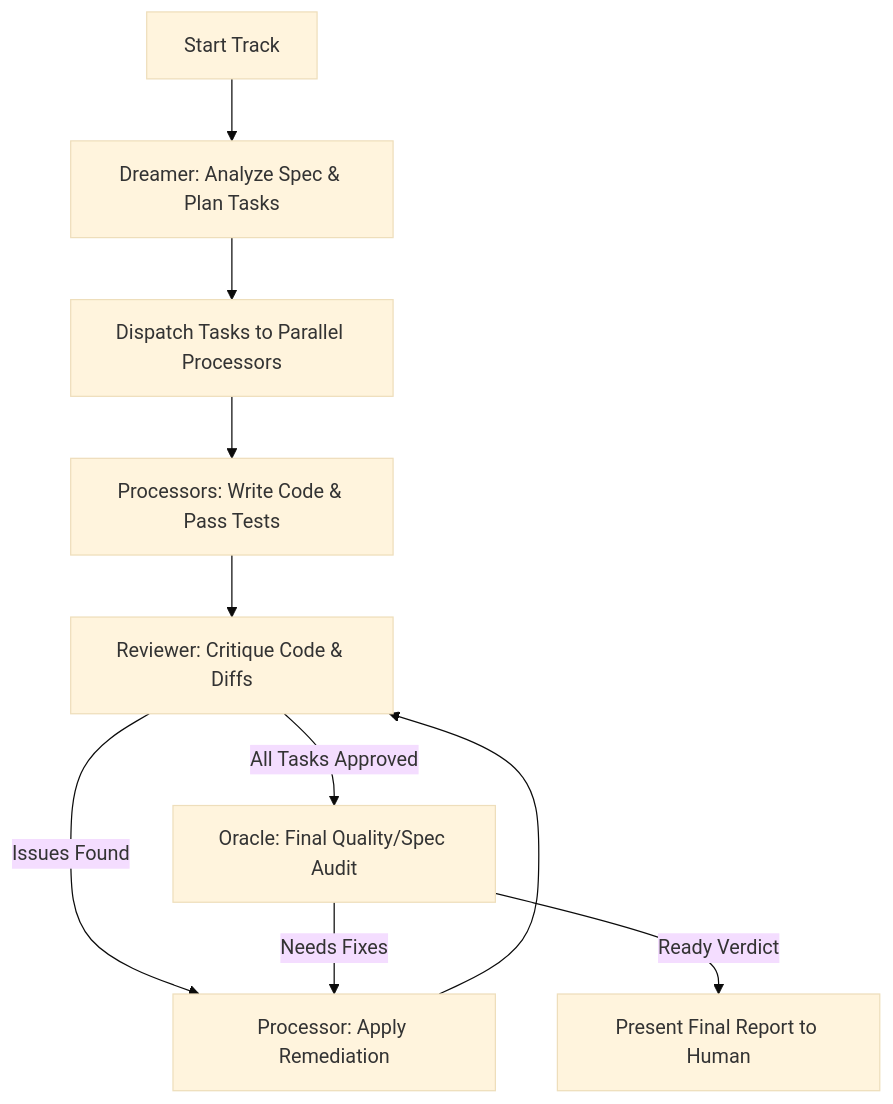
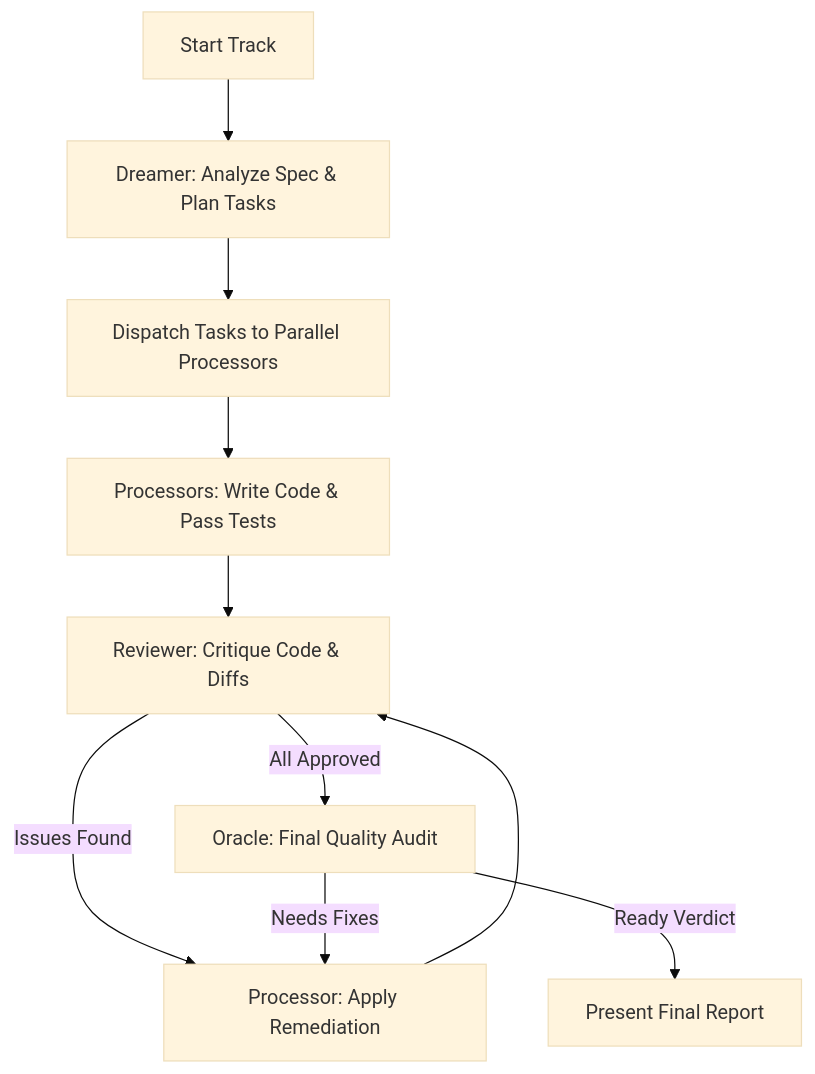
One commit to Gooseware/superconductor changed the second of 3 diagrams in skills/swarm-orchestrate/SKILL.md. Above: the diagram before and after it, drawn with Mermaid (base theme). The commit also changed other lines of this file and 1 other file, not shown here.

````diff
--- a/skills/swarm-orchestrate/SKILL.md
+++ b/skills/swarm-orchestrate/SKILL.md
@@ -43,12 +62,12 @@
 ```mermaid
 graph TD
-    Start[Start Track] --> Dreamer[Dreamer: Analyze Spec & Plan Tasks]
-    Dreamer --> Dispatch[Dispatch Tasks to Parallel Processors]
-    Dispatch --> Implement[Processors: Write Code & Pass Tests]
-    Implement --> Review[Reviewer: Critique Code & Diffs]
-    Review -- Issues Found --> Fix[Processor: Apply Remediation]
-    Fix --> Review
-    Review -- All Tasks Approved --> Oracle[Oracle: Final Quality/Spec Audit]
-    Oracle -- Needs Fixes --> Fix
-    Oracle -- Ready Verdict --> End[Present Final Report to Human]
+    StartP[Start Track] --> DreamerP[Dreamer: Analyze Spec & Plan Tasks]
+    DreamerP --> DispatchP[Dispatch Tasks to Parallel Processors]
+    DispatchP --> ImplementP[Processors: Write Code & Pass Tests]
+    ImplementP --> ReviewP[Reviewer: Critique Code & Diffs]
+    ReviewP -- Issues Found --> FixP[Processor: Apply Remediation]
+    FixP --> ReviewP
+    ReviewP -- All Approved --> OracleP[Oracle: Final Quality Audit]
+    OracleP -- Needs Fixes --> FixP
+    OracleP -- Ready Verdict --> EndP[Present Final Report]
 ```
````
